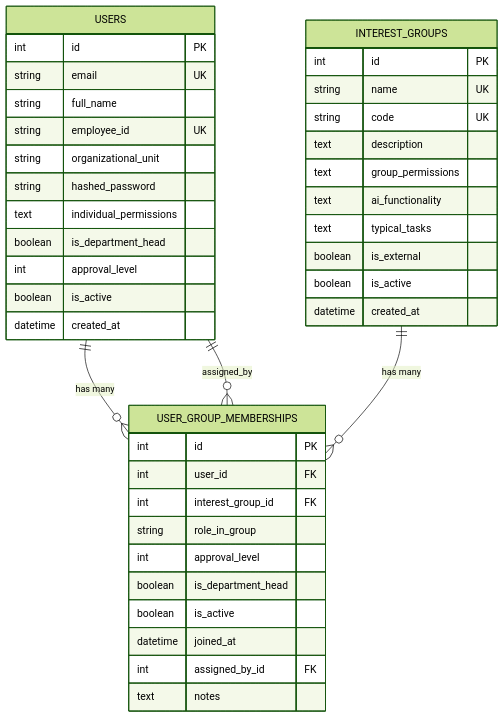
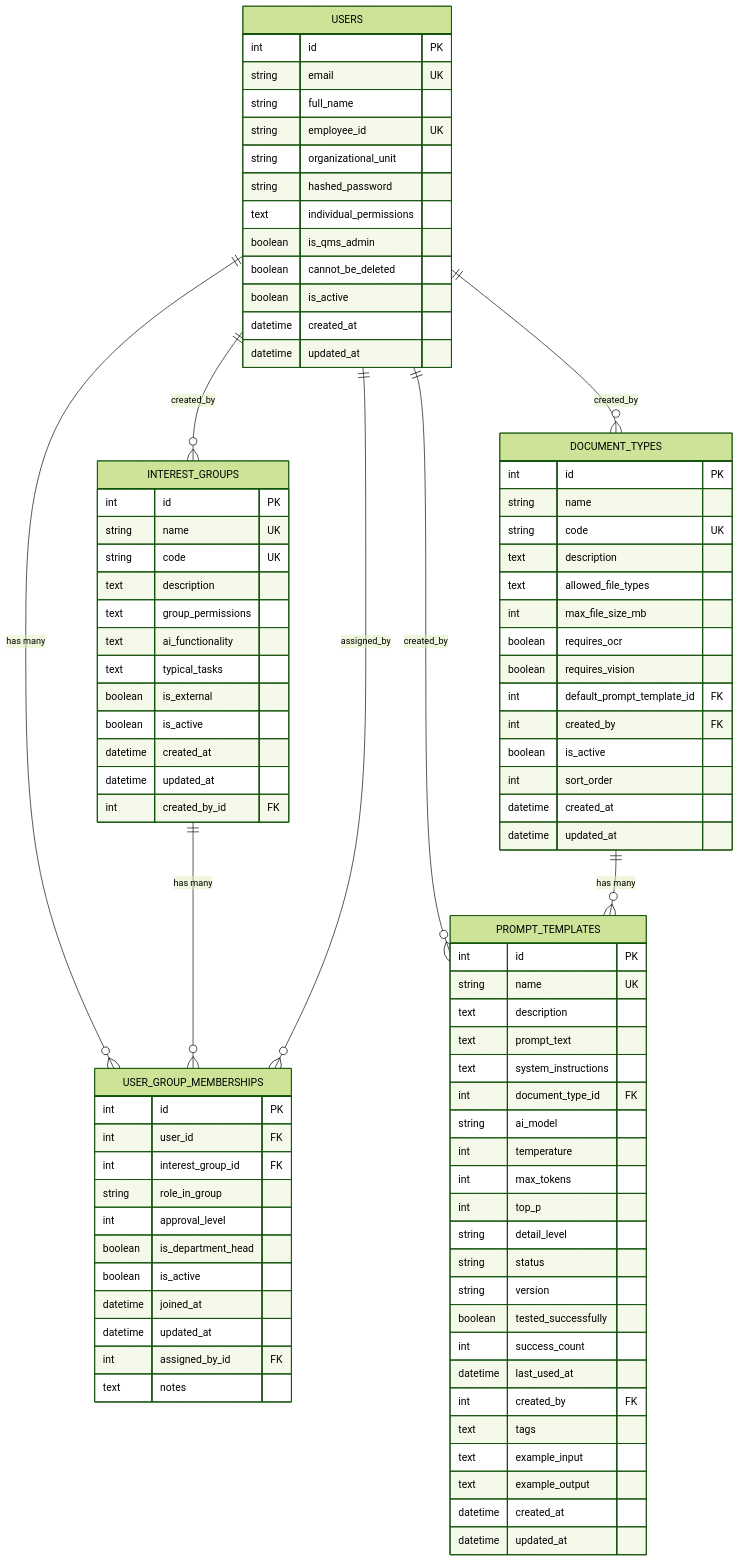
The diagram in docs/database-schema.md (Rei1000/DocuMind-AI-V2), drawn with Mermaid (forest theme) before and after one commit. The commit also changed other lines of this file, not shown here.

Commit message:
Datenbank Schema aktuallisiert

````diff
--- a/docs/database-schema.md
+++ b/docs/database-schema.md
@@ -13,6 +13,10 @@
     USERS ||--o{ USER_GROUP_MEMBERSHIPS : "has many"
     INTEREST_GROUPS ||--o{ USER_GROUP_MEMBERSHIPS : "has many"
     USERS ||--o{ USER_GROUP_MEMBERSHIPS : "assigned_by"
+    USERS ||--o{ INTEREST_GROUPS : "created_by"
+    USERS ||--o{ DOCUMENT_TYPES : "created_by"
+    USERS ||--o{ PROMPT_TEMPLATES : "created_by"
+    DOCUMENT_TYPES ||--o{ PROMPT_TEMPLATES : "has many"
     
     USERS {
         int id PK
@@ -22,10 +26,11 @@
         string organizational_unit
         string hashed_password
         text individual_permissions
-        boolean is_department_head
-        int approval_level
+        boolean is_qms_admin
+        boolean cannot_be_deleted
         boolean is_active
         datetime created_at
+        datetime updated_at
     }
     
     INTEREST_GROUPS {
@@ -39,6 +44,8 @@
         boolean is_external
         boolean is_active
         datetime created_at
+        datetime updated_at
+        int created_by_id FK
     }
     
     USER_GROUP_MEMBERSHIPS {
@@ -50,7 +57,50 @@
         boolean is_department_head
         boolean is_active
         datetime joined_at
+        datetime updated_at
         int assigned_by_id FK
         text notes
     }
+    
+    DOCUMENT_TYPES {
+        int id PK
+        string name
+        string code UK
+        text description
+        text allowed_file_types
+        int max_file_size_mb
+        boolean requires_ocr
+        boolean requires_vision
+        int default_prompt_template_id FK
+        int created_by FK
+        boolean is_active
+        int sort_order
+        datetime created_at
+        datetime updated_at
+    }
+    
+    PROMPT_TEMPLATES {
+        int id PK
+        string name UK
+        text description
+        text prompt_text
+        text system_instructions
+        int document_type_id FK
+        string ai_model
+        int temperature
+        int max_tokens
+        int top_p
+        string detail_level
+        string status
+        string version
+        boolean tested_successfully
+        int success_count
+        datetime last_used_at
+        int created_by FK
+        text tags
+        text example_input
+        text example_output
+        datetime created_at
+        datetime updated_at
+    }
 ```
````
